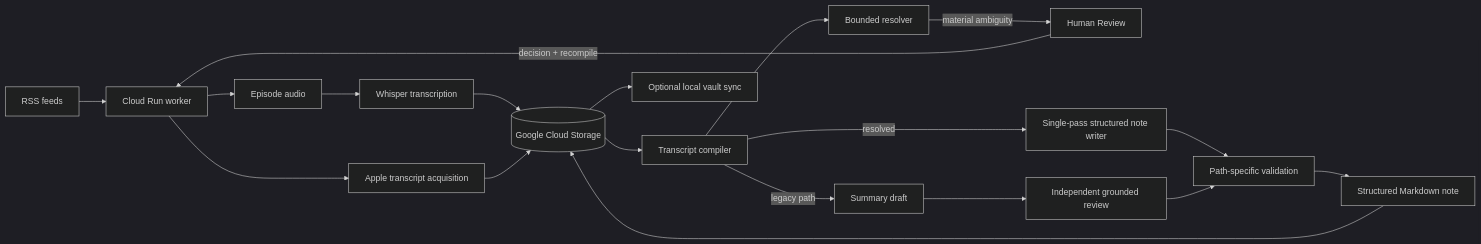
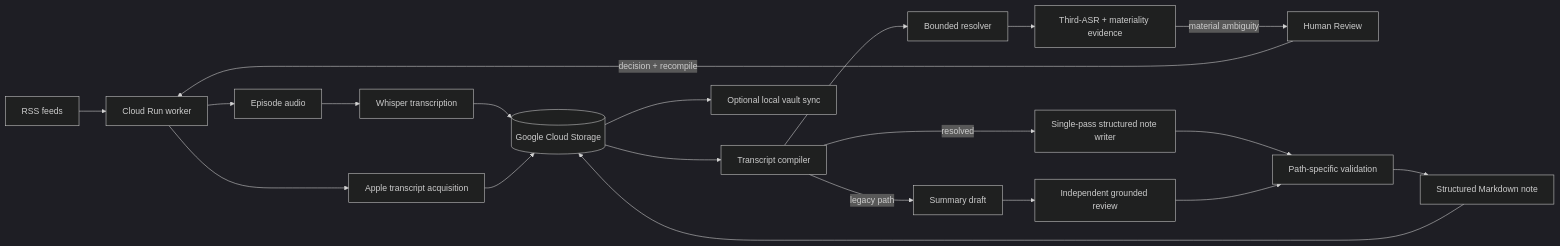
One commit to wintersyntax/podcast-automation changed the diagram in README.md. Above: the diagram before and after it, drawn with Mermaid (dark theme). The commit also changed other lines of this file and 6 other files, not shown here.

````diff
--- a/README.md
+++ b/README.md
@@ -47,25 +47,26 @@
 ```mermaid
 flowchart LR
     RSS[RSS feeds] --> Worker[Cloud Run worker]
     Worker --> Audio[Episode audio]
     Audio --> Whisper[Whisper transcription]
     Worker --> Apple[Apple transcript acquisition]
 
     Whisper --> GCS[(Google Cloud Storage)]
     Apple --> GCS
 
     GCS --> Compiler[Transcript compiler]
     Compiler --> Resolver[Bounded resolver]
+    Resolver --> Evidence[Third-ASR + materiality evidence]
 
-    Resolver -->|material ambiguity| Review[Human Review]
+    Evidence -->|material ambiguity| Review[Human Review]
     Review -->|decision + recompile| Worker
 
     Compiler -->|resolved| Writer[Single-pass structured note writer]
     Writer --> Checks[Path-specific validation]
     Compiler -->|legacy path| Draft[Summary draft]
     Draft --> SummaryReview[Independent grounded review]
     SummaryReview --> Checks
     Checks --> Note[Structured Markdown note]
     Note --> GCS
     GCS --> Sync[Optional local vault sync]
 ```
````
